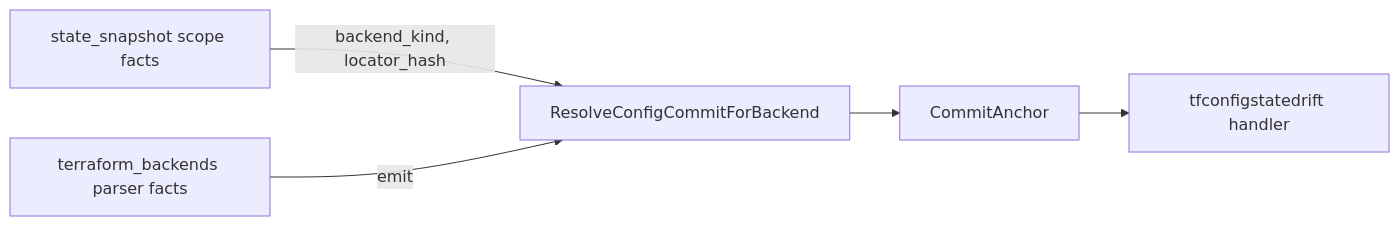
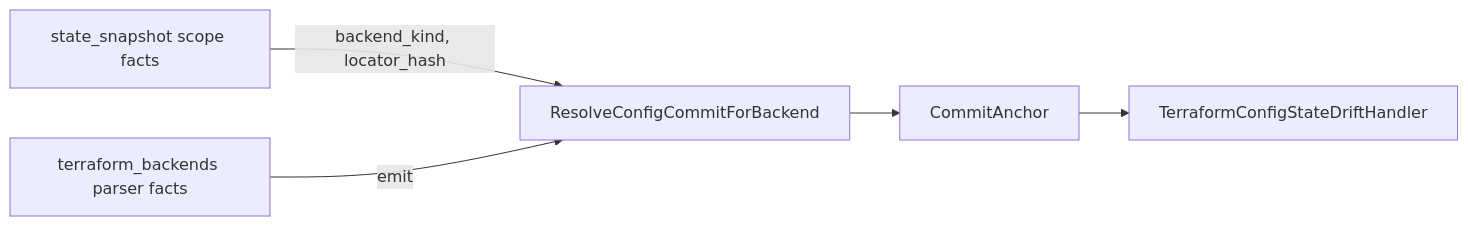
The diagram in go/internal/relationships/tfstatebackend/README.md (eshu-hq/eshu), drawn with Mermaid before and after one commit. The commit also changed 5 other files, not shown here.

First line of the commit message:
fix(reducer): address Copilot inline review on drift handler (#43)

````diff
--- a/go/internal/relationships/tfstatebackend/README.md
+++ b/go/internal/relationships/tfstatebackend/README.md
@@ -13,7 +13,7 @@
 ```mermaid
 flowchart LR
     S[state_snapshot scope facts] -->|backend_kind, locator_hash| R[ResolveConfigCommitForBackend]
     C[terraform_backends parser facts] -->|emit| R
     R --> A[CommitAnchor]
-    A --> D[tfconfigstatedrift handler]
+    A --> D[TerraformConfigStateDriftHandler]
 ```
````
